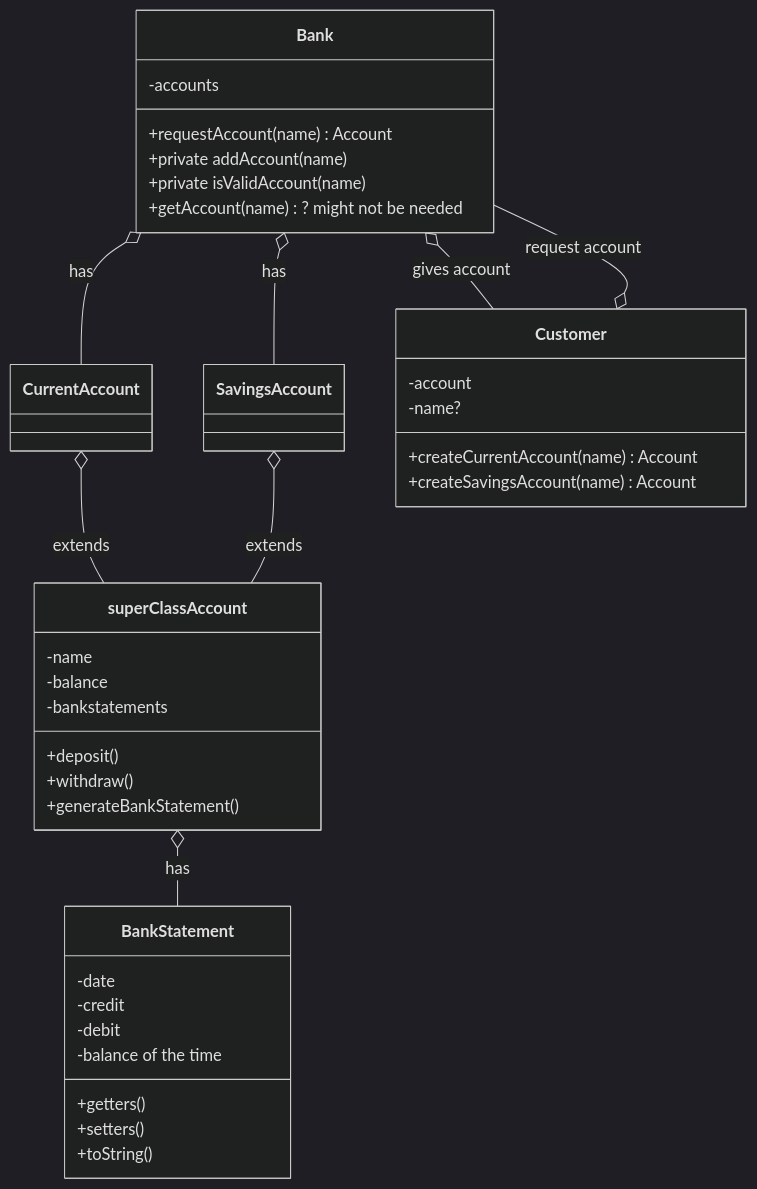
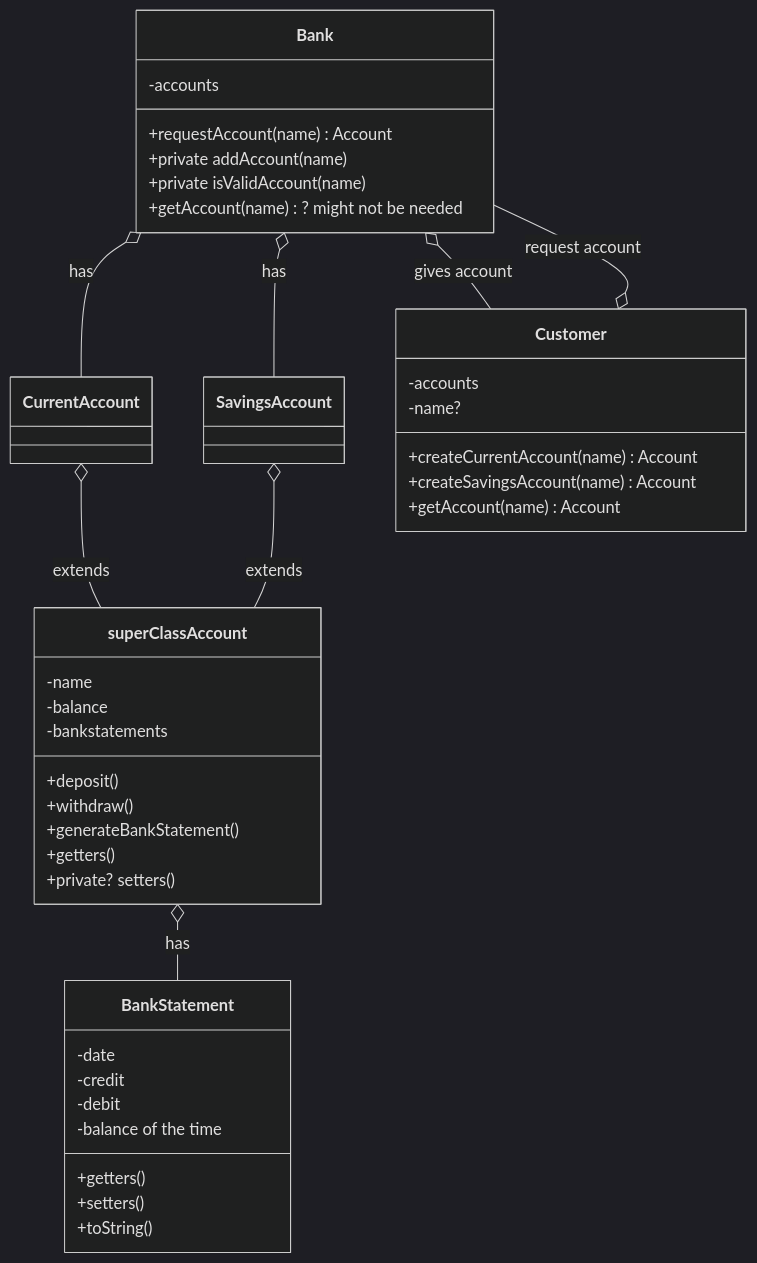
The diagram in classModel.md (ReRaulReb/java-tdd-oop-bank-challenge), drawn with Mermaid (dark theme) before and after one commit. The commit also changed 1 other file, not shown here.

Commit message:
first two test for customer made

````diff
--- a/classModel.md
+++ b/classModel.md
@@ -1,61 +1,62 @@
 ```mermaid
     classDiagram
 
         class Bank{
             -accounts
 
             +requestAccount(name) Account
             +private addAccount(name)
             +private isValidAccount(name)
             +getAccount(name) ? might not be needed
         }
 
         class superClassAccount {
             -name
             -balance
             -bankstatements
 
             +deposit()
             +withdraw()
             +generateBankStatement()
+            +getters()
+            +private? setters()
         }
 
         class BankStatement{
             -date
             -credit
             -debit
             -balance of the time
 
             +getters()
             +setters()
             +toString()
         }
 
         class CurrentAccount{
-
         }
 
         class SavingsAccount{
-
         }
 
         class Customer{
-            -account
+            -accounts
             -name?
 
             +createCurrentAccount(name) Account
             +createSavingsAccount(name) Account
+            +getAccount(name) Account
         }
 
         superClassAccount o-- BankStatement: has
         CurrentAccount o-- superClassAccount: extends
         SavingsAccount o-- superClassAccount: extends
 
         Bank o-- CurrentAccount: has
         Bank o-- SavingsAccount: has
 
         Bank o-- Customer: gives account
         Customer o-- Bank: request account
 
 
 ```
````
